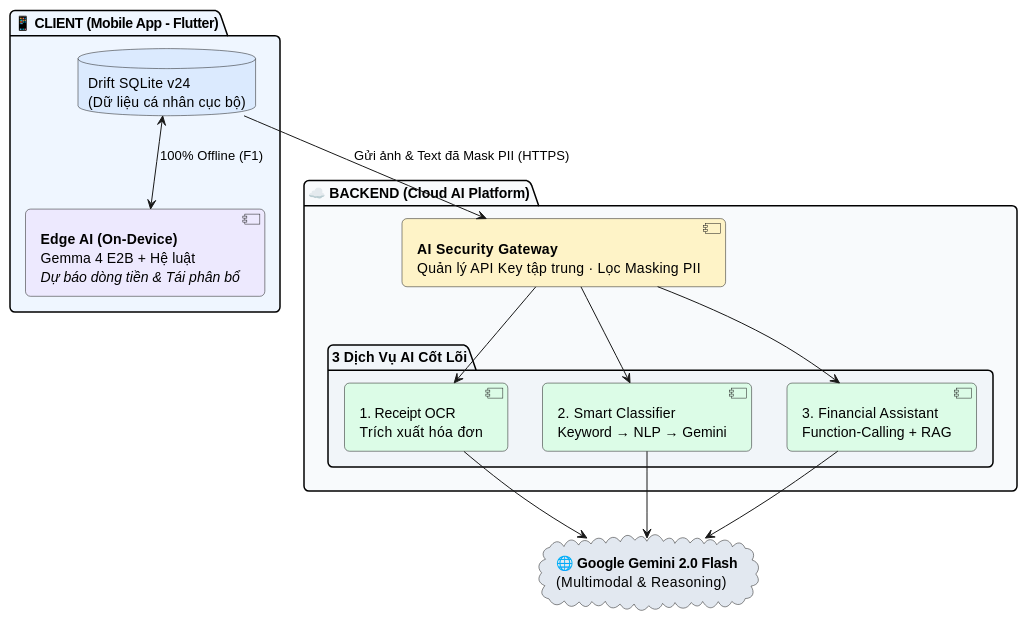
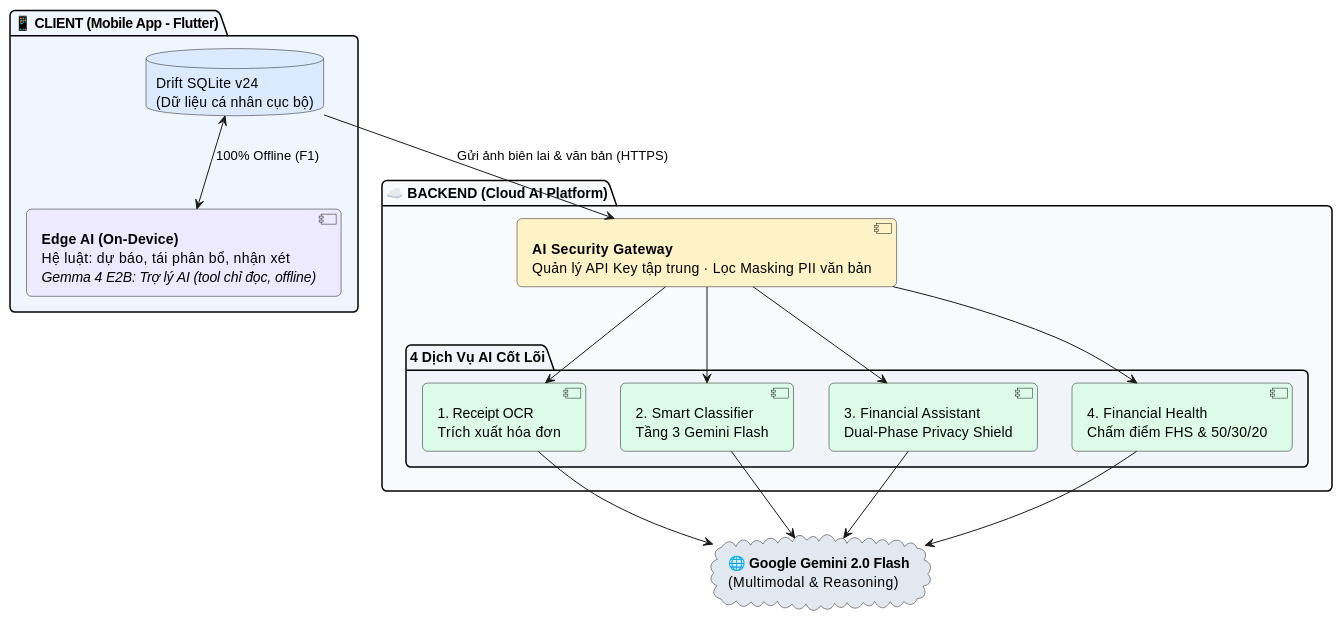
The second of 2 diagrams in docs/AI/AI_ARCHITECTURE_DIAGRAM.md (NguyenPhuBao/ManagementFinance), drawn with PlantUML before and after one commit. The commit also changed other lines of this file and 11 other files, not shown here.

````diff
--- a/docs/AI/AI_ARCHITECTURE_DIAGRAM.md
+++ b/docs/AI/AI_ARCHITECTURE_DIAGRAM.md
@@ -51,36 +52,39 @@
 ```plantuml
 @startuml
 skinparam backgroundColor #FFFFFF
 skinparam roundCorner 10
 skinparam defaultFontName Arial
 skinparam shadowing false
 
 package "📱 CLIENT (Mobile App - Flutter)" #EFF6FF {
   database "Drift SQLite v24\n(Dữ liệu cá nhân cục bộ)" as LocalDB #DBEAFE
-  component "<b>Edge AI (On-Device)</b>\nGemma 4 E2B + Hệ luật\n<i>Dự báo dòng tiền & Tái phân bổ</i>" as EdgeAI #EDE9FE
+  component "<b>Edge AI (On-Device)</b>\nHệ luật: dự báo, tái phân bổ, nhận xét\n<i>Gemma 4 E2B: Trợ lý AI (tool chỉ đọc, offline)</i>" as EdgeAI #EDE9FE
   LocalDB <--> EdgeAI : 100% Offline (F1)
 }
 
 package "☁️ BACKEND (Cloud AI Platform)" #F8FAFC {
-  component "<b>AI Security Gateway</b>\nQuản lý API Key tập trung · Lọc Masking PII" as Gateway #FEF3C7
+  component "<b>AI Security Gateway</b>\nQuản lý API Key tập trung · Lọc Masking PII văn bản" as Gateway #FEF3C7
   
-  package "3 Dịch Vụ AI Cốt Lõi" #F1F5F9 {
+  package "4 Dịch Vụ AI Cốt Lõi" #F1F5F9 {
     [1. Receipt OCR\nTrích xuất hóa đơn] as OCR #DCFCE7
-    [2. Smart Classifier\nKeyword → NLP → Gemini] as Classify #DCFCE7
-    [3. Financial Assistant\nFunction-Calling + RAG] as Chat #DCFCE7
+    [2. Smart Classifier\nTầng 3 Gemini Flash] as Classify #DCFCE7
+    [3. Financial Assistant\nDual-Phase Privacy Shield] as Chat #DCFCE7
+    [4. Financial Health\nChấm điểm FHS & 50/30/20] as Health #DCFCE7
   }
   
   Gateway --> OCR
   Gateway --> Classify
   Gateway --> Chat
+  Gateway --> Health
 }
 
 cloud "<b>🌐 Google Gemini 2.0 Flash</b>\n(Multimodal & Reasoning)" as Gemini #E2E8F0
 
-LocalDB --> Gateway : Gửi ảnh & Text đã Mask PII (HTTPS)
+LocalDB --> Gateway : Gửi ảnh biên lai & văn bản (HTTPS)
 OCR --> Gemini
 Classify --> Gemini
 Chat --> Gemini
+Health --> Gemini
 
 @enduml
 ```
````
